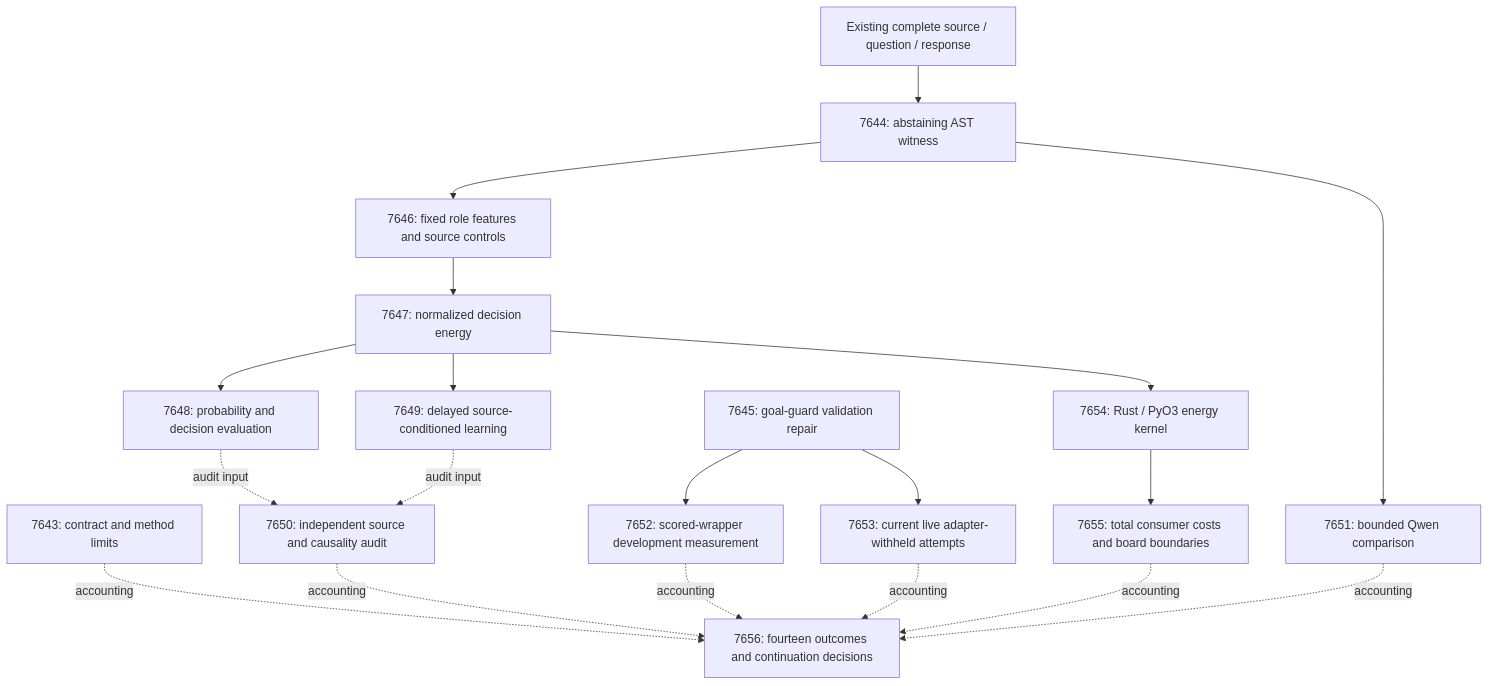
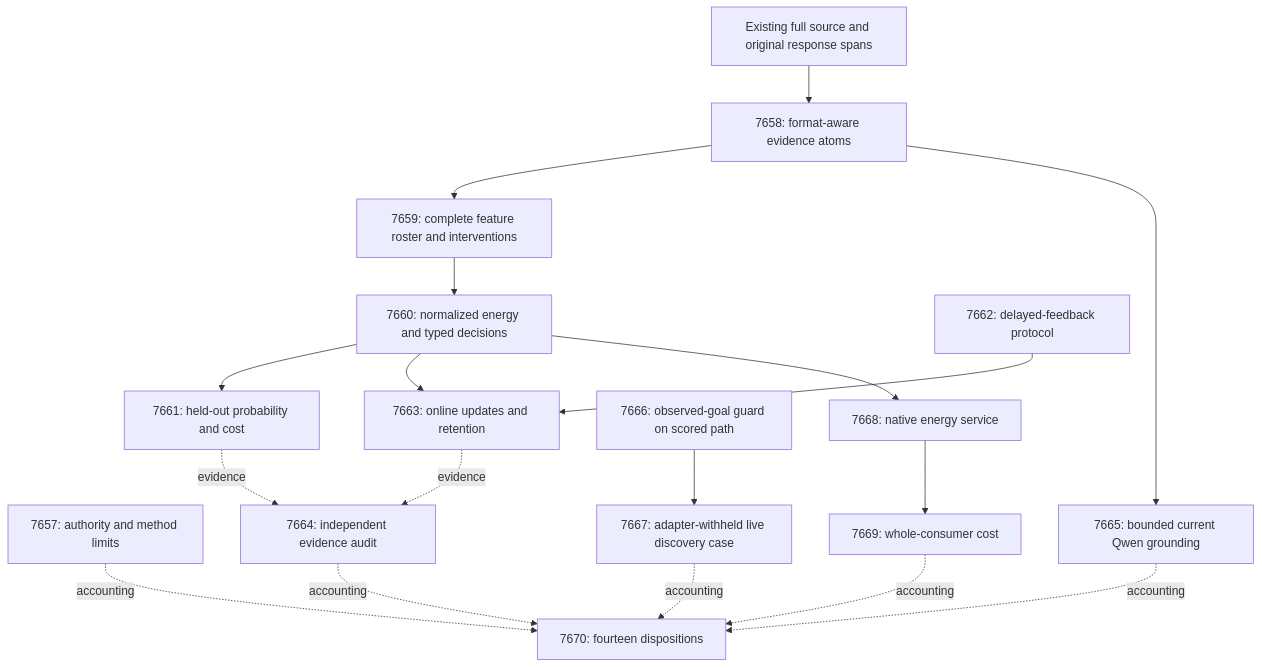
The diagram in openspec/change-proposals/research-roadmap-vNEXT.md (Carnot-EBM/carnot-ebm), drawn with Mermaid before and after one commit. The commit also changed other lines of this file and 18 other files, not shown here.

````diff
--- a/openspec/change-proposals/research-roadmap-vNEXT.md
+++ b/openspec/change-proposals/research-roadmap-vNEXT.md
@@ -89,33 +84,31 @@
 ```mermaid
 flowchart TD
-    C[7643: contract and method limits]
-    S[Existing complete source / question / response]
-    W[7644: abstaining AST witness]
-    F[7646: fixed role features and source controls]
-    H[7647: normalized decision energy]
-    E[7648: probability and decision evaluation]
-    L[7649: delayed source-conditioned learning]
-    A[7650: independent source and causality audit]
-    Q[7651: bounded Qwen comparison]
-    G[7645: goal-guard validation repair]
-    P[7652: scored-wrapper development measurement]
-    V[7653: current live adapter-withheld attempts]
-    R[7654: Rust / PyO3 energy kernel]
-    T[7655: total consumer costs and board boundaries]
-    Z[7656: fourteen outcomes and continuation decisions]
-    S --> W --> F --> H
-    H --> E
+    C[7657: authority and method limits]
+    S[Existing full source and original response spans]
+    W[7658: format-aware evidence atoms]
+    F[7659: complete feature roster and interventions]
+    H[7660: normalized energy and typed decisions]
+    E[7661: held-out probability and cost]
+    P[7662: delayed-feedback protocol]
+    L[7663: online updates and retention]
+    A[7664: independent evidence audit]
+    Q[7665: bounded current Qwen grounding]
+    G[7666: observed-goal guard on scored path]
+    V[7667: adapter-withheld live discovery case]
+    R[7668: native energy service]
+    T[7669: whole-consumer cost]
+    Z[7670: fourteen dispositions]
+    S --> W --> F --> H --> E
     H --> L
-    E -. audit input .-> A
-    L -. audit input .-> A
+    P --> L
     W --> Q
-    G --> P
+    E -. evidence .-> A
+    L -. evidence .-> A
     G --> V
     H --> R --> T
     C -. accounting .-> Z
     A -. accounting .-> Z
     Q -. accounting .-> Z
-    P -. accounting .-> Z
     V -. accounting .-> Z
     T -. accounting .-> Z
 ```
````
